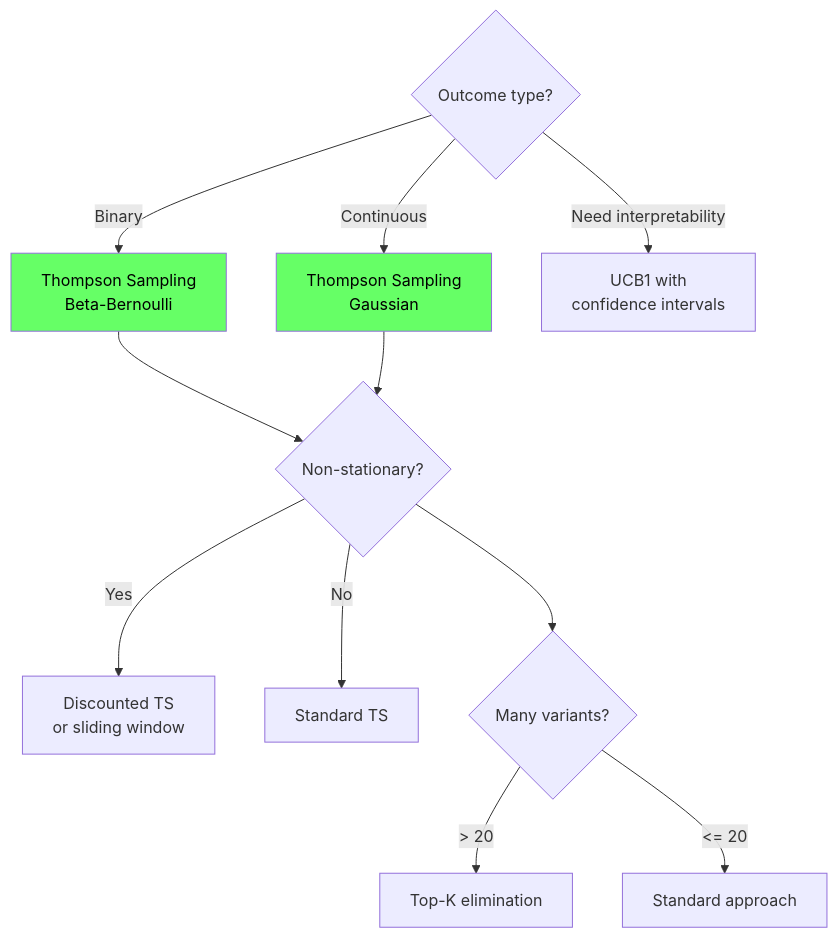
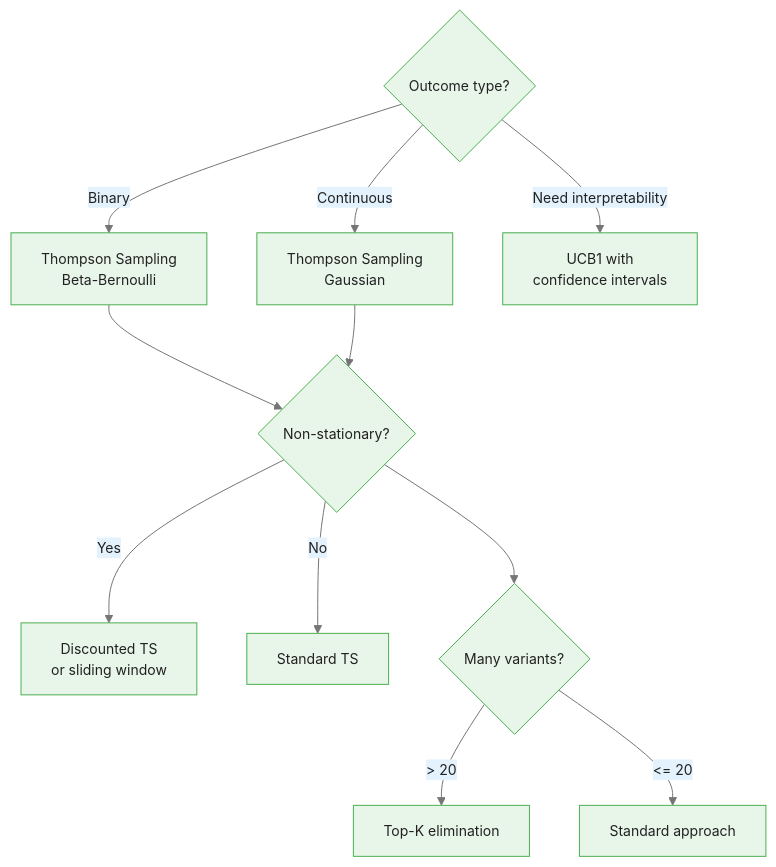
Before and after one commit to m-deane/course-creator: the third of 5 diagrams in courses/multi-armed-bandits-ab-testing/modules/module_04_content_growth_optimization/guides/cheatsheet_slides.md, drawn with Mermaid. The commit also changed other lines of this file and 146 other files, not shown here.

````diff
--- a/courses/multi-armed-bandits-ab-testing/modules/module_04_content_growth_optimization/guides/cheatsheet_slides.md
+++ b/courses/multi-armed-bandits-ab-testing/modules/module_04_content_growth_optimization/guides/cheatsheet_slides.md
@@ -117,19 +147,17 @@
 ```mermaid
+%%{init: {"theme": "base", "themeVariables": {"primaryColor": "#e8f5e9", "primaryBorderColor": "#4caf50", "primaryTextColor": "#212121", "secondaryColor": "#e3f2fd", "tertiaryColor": "#fff8e1", "lineColor": "#757575", "fontFamily": "Inter, sans-serif", "fontSize": "14px"}}}%%
 flowchart TD
     Q1{"Outcome type?"}
     Q1 -->|Binary| TS_B["Thompson Sampling<br/>Beta-Bernoulli"]
     Q1 -->|Continuous| TS_G["Thompson Sampling<br/>Gaussian"]
     Q1 -->|Need interpretability| UCB_cs["UCB1 with<br/>confidence intervals"]
 
     TS_B --> Q2{"Non-stationary?"}
     TS_G --> Q2
     Q2 -->|Yes| Disc["Discounted TS<br/>or sliding window"]
     Q2 -->|No| Standard["Standard TS"]
 
     Q2 --> Q3{"Many variants?"}
     Q3 -->|"> 20"| TopK["Top-K elimination"]
     Q3 -->|"<= 20"| Keep["Standard approach"]
-
-    style TS_B fill:#6f6,color:#000
-    style TS_G fill:#6f6,color:#000
 ```
````
